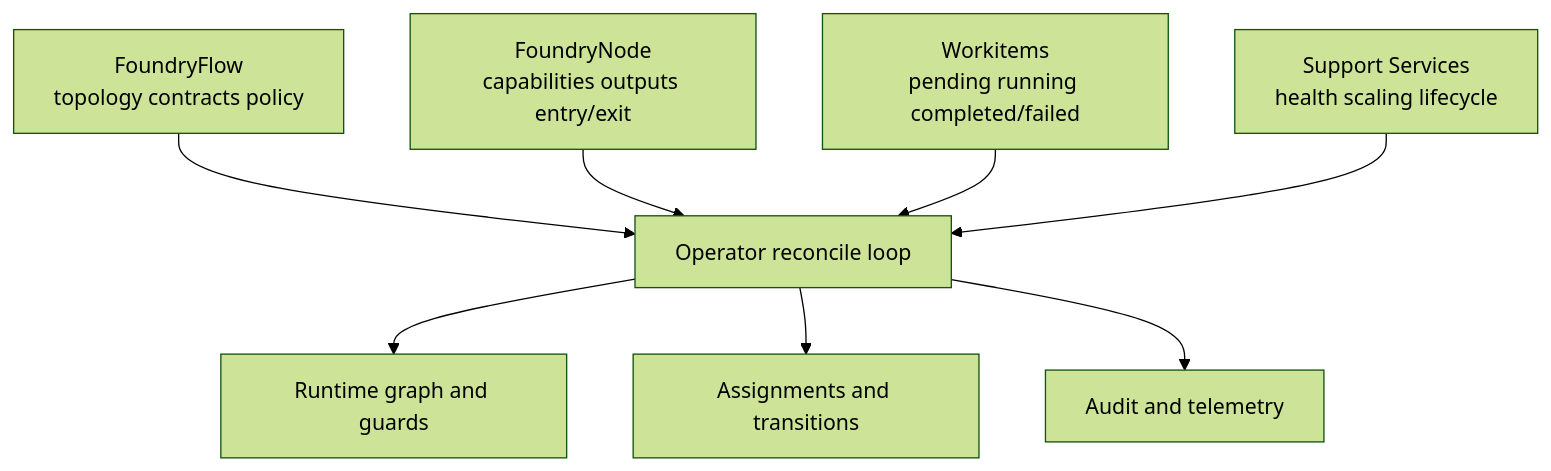
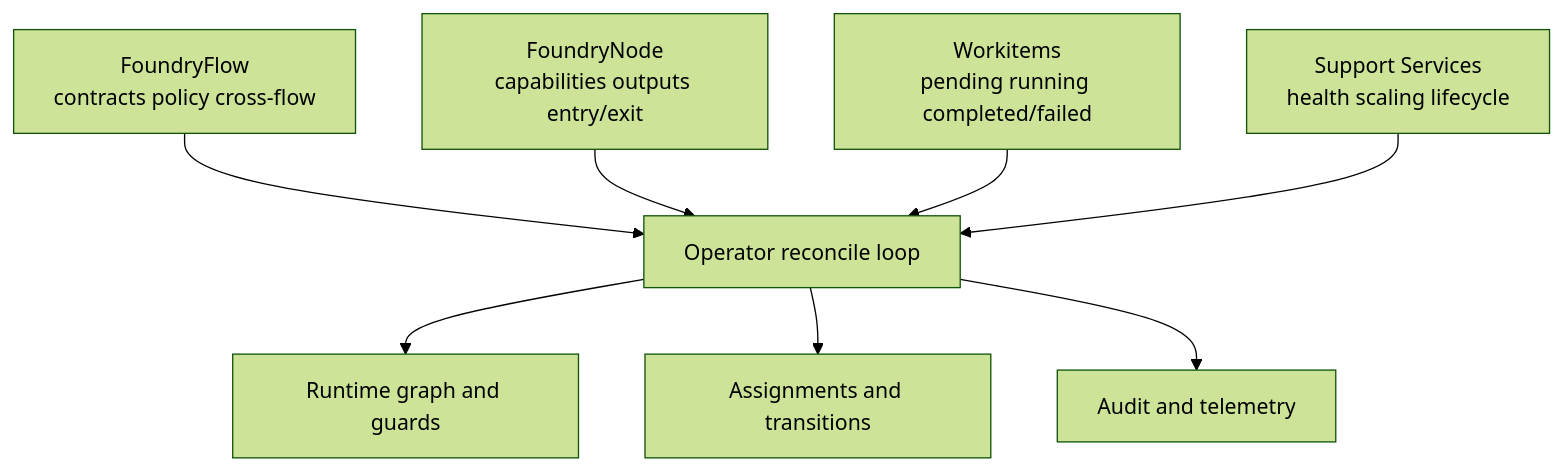
The first of 2 diagrams in specs/02-flow/01-operator.md (really-knows-ai/gideas), drawn with Mermaid (forest theme) before and after one commit. The commit also changed other lines of this file and 14 other files, not shown here.

````diff
--- a/specs/02-flow/01-operator.md
+++ b/specs/02-flow/01-operator.md
@@ -29,11 +29,11 @@
 ```mermaid
 flowchart TD
-    FF["FoundryFlow<br/>topology contracts policy"] --> OP["Operator reconcile loop"]
+    FF["FoundryFlow<br/>contracts policy cross-flow"] --> OP["Operator reconcile loop"]
     FN["FoundryNode<br/>capabilities outputs entry/exit"] --> OP
     WI["Workitems<br/>pending running completed/failed"] --> OP
     SS["Support Services<br/>health scaling lifecycle"] --> OP
 
     OP --> RT["Runtime graph and guards"]
     OP --> AS["Assignments and transitions"]
     OP --> AU["Audit and telemetry"]
 ```
````
